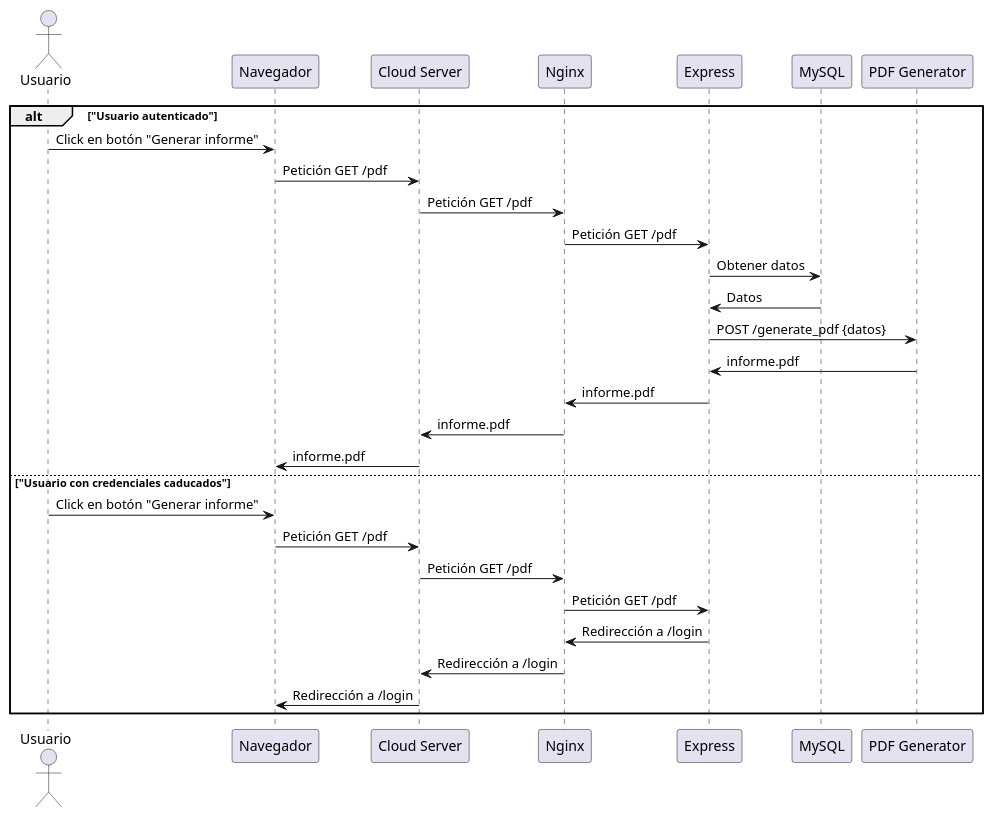
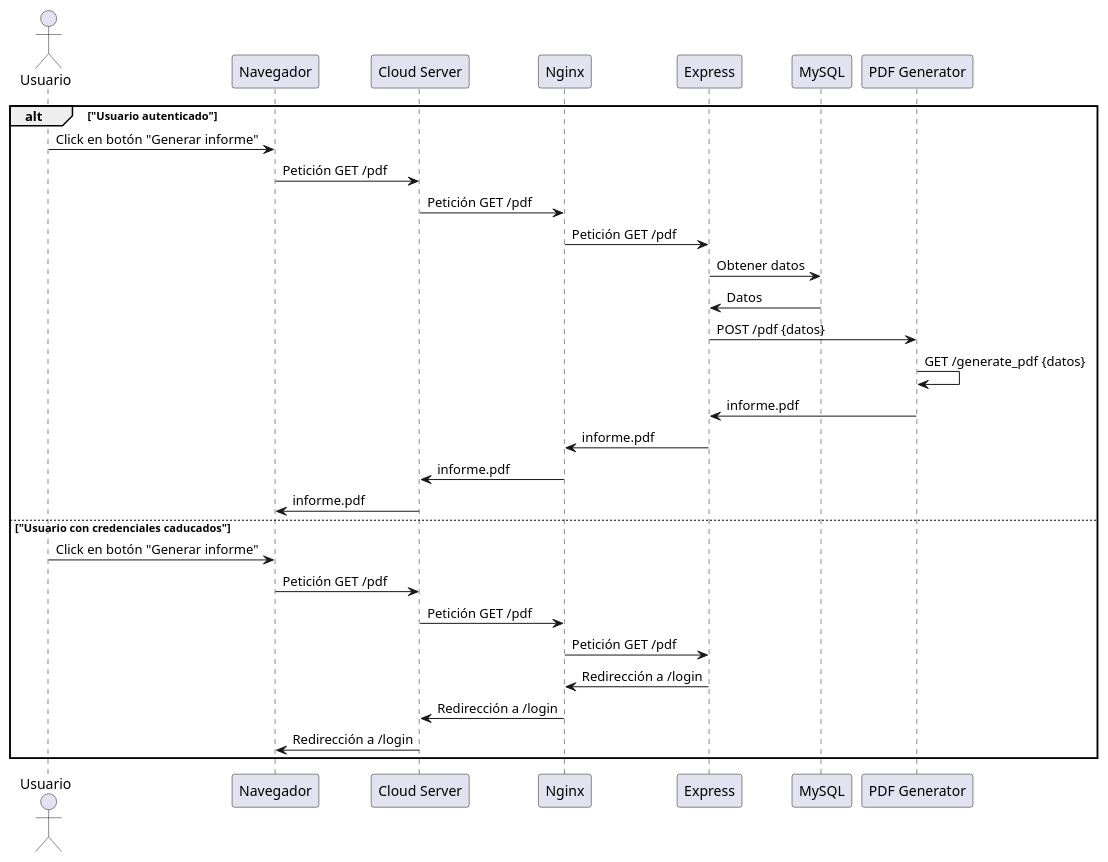
One commit to Haopeng138/UML changed the diagram in DiagramaSecuenciaPdf.puml. Above: the diagram before and after it, drawn with PlantUML. The commit also changed 2 other files, not shown here.

Commit message:
add diagrams

```diff
--- a/DiagramaSecuenciaPdf.puml
+++ b/DiagramaSecuenciaPdf.puml
@@ -1,35 +1,36 @@
 @startuml "Diagrama de secuencia de generación de informe"
 
 actor "Usuario" as Usuario
 participant "Navegador" as N
 participant "Cloud Server" as S
 participant "Nginx" as Nginx 
 participant "Express" as Express
 participant "MySQL" as MySQL
 participant "PDF Generator" as PDF
 
 alt "Usuario autenticado"
     Usuario -> N: Click en botón "Generar informe"
     N -> S: Petición GET /pdf
     S -> Nginx: Petición GET /pdf
     Nginx -> Express: Petición GET /pdf
     Express -> MySQL: Obtener datos 
     MySQL -> Express: Datos 
-    Express -> PDF: POST /generate_pdf {datos}
+    Express -> PDF: POST /pdf {datos}
+    PDF -> PDF: GET /generate_pdf {datos}
     PDF -> Express: informe.pdf
     Express -> Nginx: informe.pdf
     Nginx -> S: informe.pdf
     S -> N: informe.pdf
 else "Usuario con credenciales caducados"
     Usuario -> N: Click en botón "Generar informe"
     N -> S: Petición GET /pdf
     S -> Nginx: Petición GET /pdf
     Nginx -> Express: Petición GET /pdf
     Express -> Nginx: Redirección a /login
     Nginx -> S: Redirección a /login
     S -> N: Redirección a /login
 end
 
 
 
 @enduml
```
